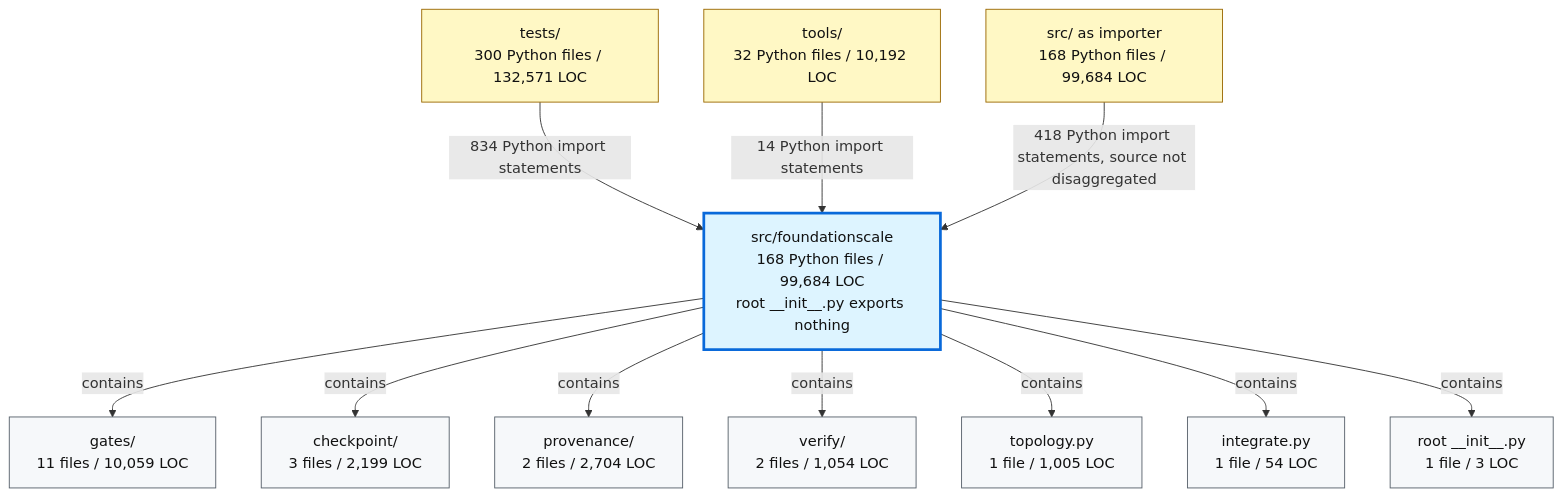
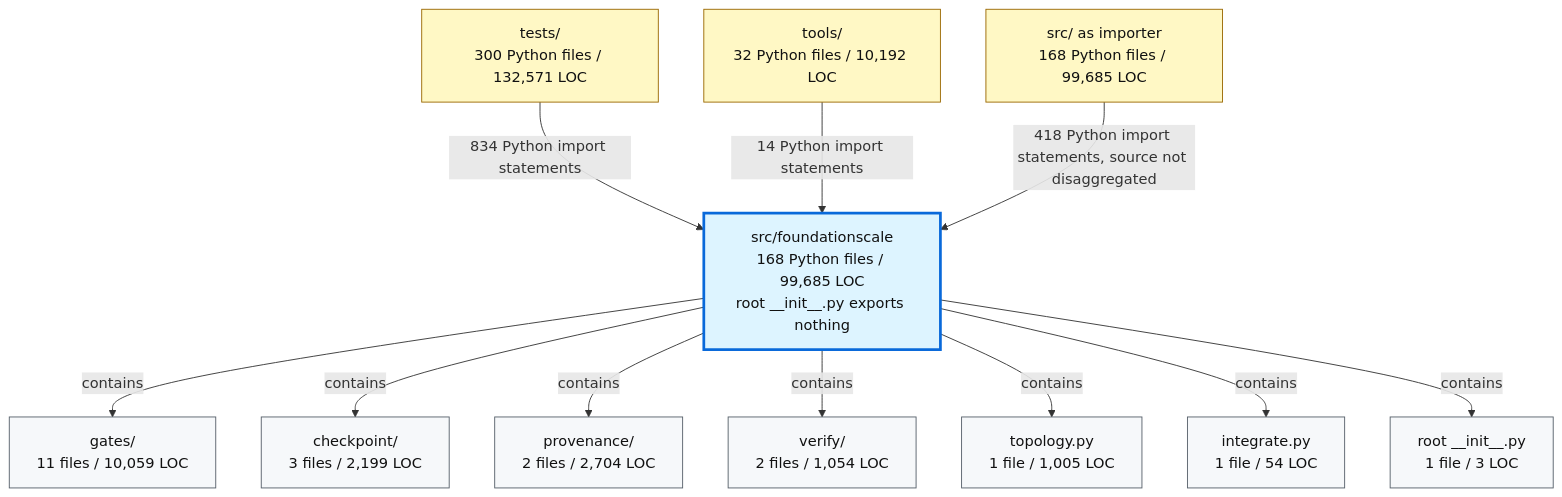
Before and after one commit to TranNhiem/FoundationScale: the second of 2 diagrams in docs/review/D2_current_architecture.md, drawn with Mermaid. The commit also changed other lines of this file and 10 other files, not shown here.

````diff
--- a/docs/review/D2_current_architecture.md
+++ b/docs/review/D2_current_architecture.md
@@ -97,36 +97,36 @@
 ```mermaid
 flowchart TB
   TESTS["tests/<br/>300 Python files / 132,571 LOC"]
   TOOLS["tools/<br/>32 Python files / 10,192 LOC"]
-  SRC["src/ as importer<br/>168 Python files / 99,684 LOC"]
+  SRC["src/ as importer<br/>168 Python files / 99,685 LOC"]
 
-  FS["src/foundationscale<br/>168 Python files / 99,684 LOC<br/>root __init__.py exports nothing"]
+  FS["src/foundationscale<br/>168 Python files / 99,685 LOC<br/>root __init__.py exports nothing"]
 
   GATES["gates/<br/>11 files / 10,059 LOC"]
   CKPT["checkpoint/<br/>3 files / 2,199 LOC"]
   PROV["provenance/<br/>2 files / 2,704 LOC"]
   VERIFY["verify/<br/>2 files / 1,054 LOC"]
   TOPO["topology.py<br/>1 file / 1,005 LOC"]
   INTEG["integrate.py<br/>1 file / 54 LOC"]
   ROOT["root __init__.py<br/>1 file / 3 LOC"]
 
   TESTS -->|"834 Python import statements"| FS
   TOOLS -->|"14 Python import statements"| FS
   SRC -->|"418 Python import statements, source not disaggregated"| FS
 
   FS -->|"contains"| GATES
   FS -->|"contains"| CKPT
   FS -->|"contains"| PROV
   FS -->|"contains"| VERIFY
   FS -->|"contains"| TOPO
   FS -->|"contains"| INTEG
   FS -->|"contains"| ROOT
 
   classDef consumer fill:#fff8c5,stroke:#9a6700,color:#111;
   classDef package fill:#ddf4ff,stroke:#0969da,stroke-width:3px,color:#111;
   classDef module fill:#f6f8fa,stroke:#57606a,color:#111;
 
   class TESTS,TOOLS,SRC consumer;
   class FS package;
   class GATES,CKPT,PROV,VERIFY,TOPO,INTEG,ROOT module;
 ```
````
